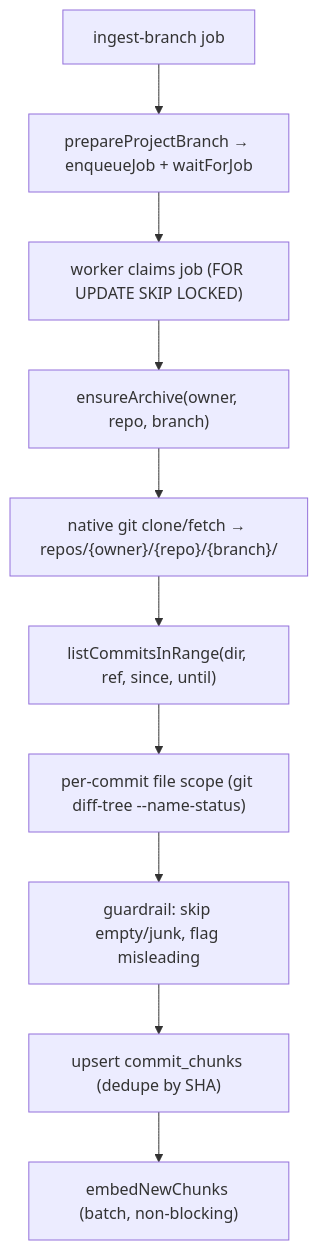
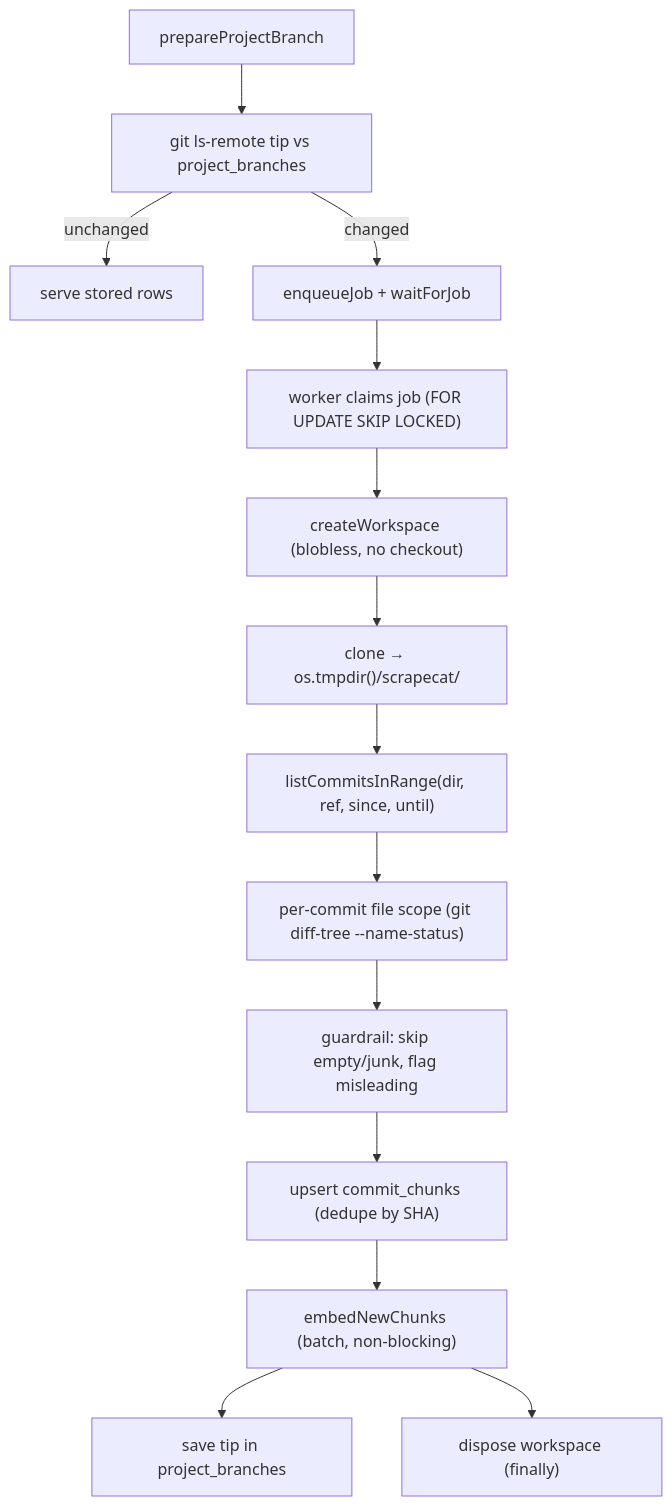
One commit to franciscoluna-28/Scrapecat changed the fourth of 5 diagrams in docs/architecture.md. Above: the diagram before and after it, drawn with Mermaid. The commit also changed other lines of this file and 8 other files, not shown here.

````diff
--- a/docs/architecture.md
+++ b/docs/architecture.md
@@ -130,12 +130,16 @@
 ```mermaid
 flowchart TD
-    J["ingest-branch job"] --> P["prepareProjectBranch → enqueueJob + waitForJob"]
-    P --> W["worker claims job (FOR UPDATE SKIP LOCKED)"]
-    W --> E["ensureArchive(owner, repo, branch)"]
-    E --> G["native git clone/fetch → repos/{owner}/{repo}/{branch}/"]
+    P["prepareProjectBranch"] --> T["git ls-remote tip vs project_branches"]
+    T -->|unchanged| C["serve stored rows"]
+    T -->|changed| Q["enqueueJob + waitForJob"]
+    Q --> W["worker claims job (FOR UPDATE SKIP LOCKED)"]
+    W --> E["createWorkspace (blobless, no checkout)"]
+    E --> G["clone → os.tmpdir()/scrapecat/<uuid>"]
     G --> R["listCommitsInRange(dir, ref, since, until)"]
     R --> S["per-commit file scope (git diff-tree --name-status)"]
     S --> CL["guardrail: skip empty/junk, flag misleading"]
     CL --> U["upsert commit_chunks (dedupe by SHA)"]
     U --> EM["embedNewChunks (batch, non-blocking)"]
+    EM --> ST["save tip in project_branches"]
+    EM --> D["dispose workspace (finally)"]
 ```
````
